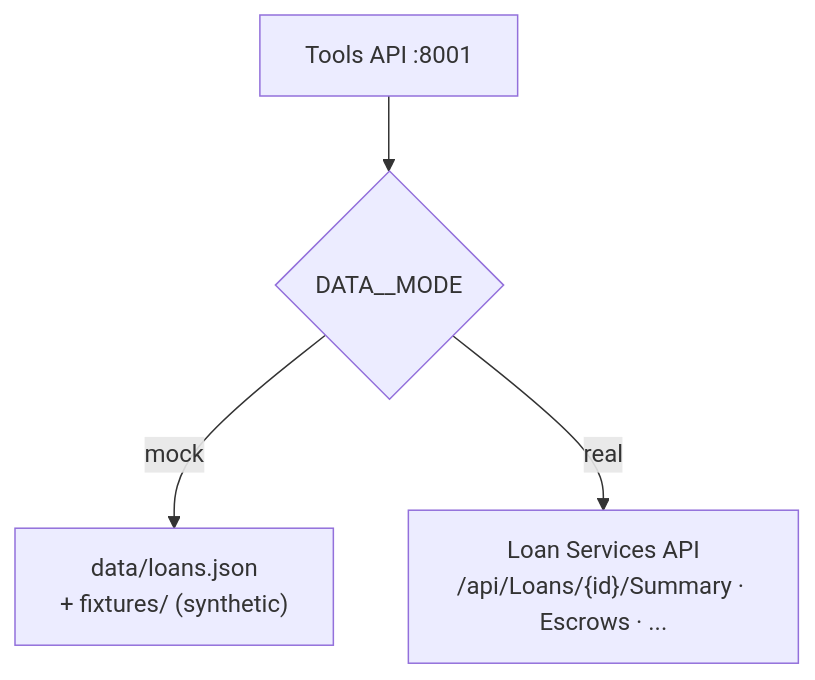
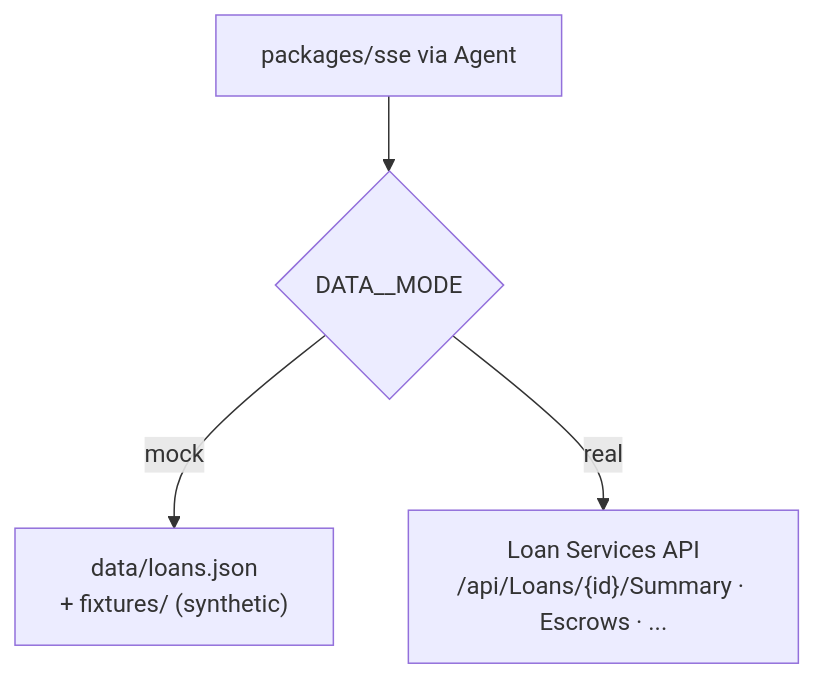
Before and after one commit to mohit-bohra-dev/LoanOps-Agent: the fifth of 5 diagrams in presentations/demo-pitch/architecture.md, drawn with Mermaid. The commit also changed other lines of this file and 28 other files, not shown here.

First line of the commit message:
chore: remove tools_api; document SSE-only answer path

````diff
--- a/presentations/demo-pitch/architecture.md
+++ b/presentations/demo-pitch/architecture.md
@@ -167,7 +167,7 @@
 ```mermaid
 flowchart TB
-    Tools["Tools API :8001"]
+    Tools["packages/sse via Agent"]
     Tools --> Mode{"DATA__MODE"}
     Mode -->|mock| MJSON["data/loans.json<br/>+ fixtures/ (synthetic)"]
     Mode -->|real| RAPI["Loan Services API<br/>/api/Loans/{id}/Summary · Escrows · ..."]
 ```
````
